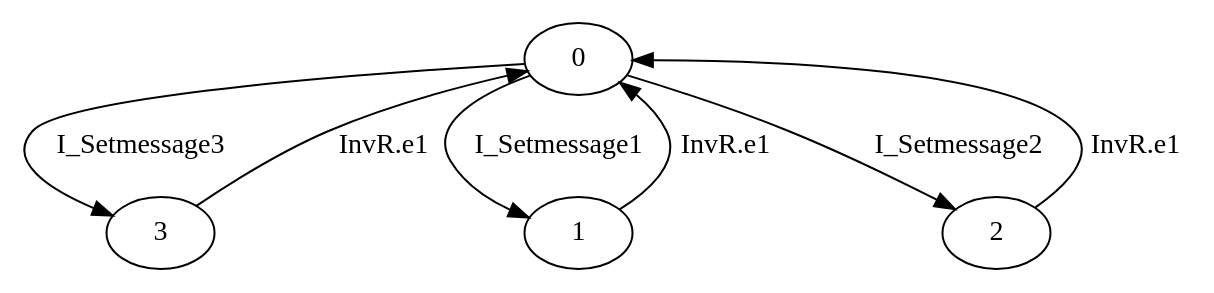
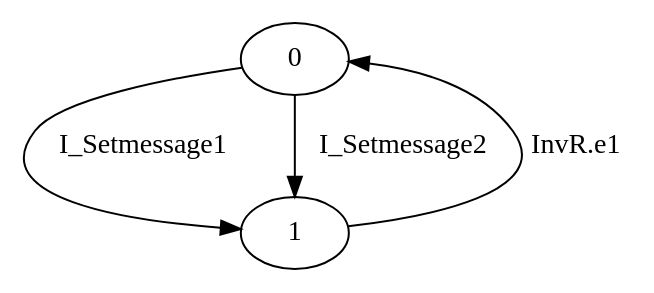
Before and after one commit to gfads/midarch: the diagram in src/gmidarch/development/repositories/dot/Sender.dot, drawn with Graphviz. The commit also changed 668 other files, not shown here.

```diff
--- a/src/gmidarch/development/repositories/dot/Sender.dot
+++ b/src/gmidarch/development/repositories/dot/Sender.dot
@@ -1,8 +1,5 @@
 digraph G {
-  0 -> 3 [ label="I_Setmessage3" ];
   0 -> 1 [ label="I_Setmessage1" ];
-  0 -> 2 [ label="I_Setmessage2" ];
+  0 -> 1 [ label="I_Setmessage2" ];
   1 -> 0 [ label="InvR.e1" ];
-  2 -> 0 [ label="InvR.e1" ];
-  3 -> 0 [ label="InvR.e1" ];
 }
```
